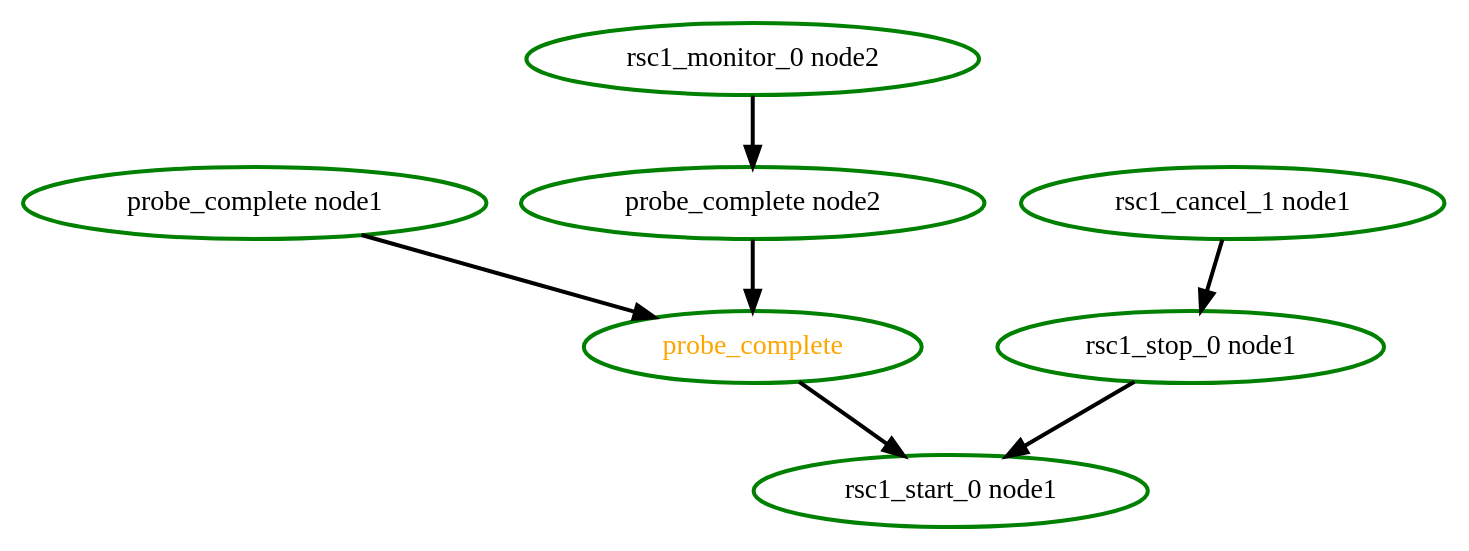
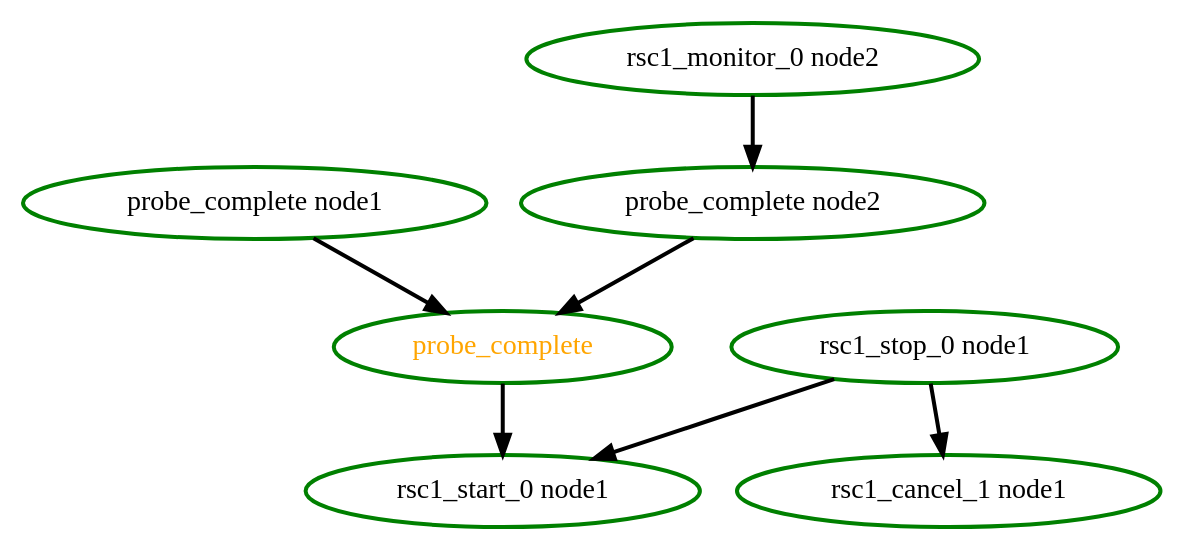
One commit to richiewen8/heartbeat changed the diagram in crm/pengine/testcases/rec-rsc-2.dot. Above: the diagram before and after it, drawn with Graphviz. The commit also changed 5 other files, not shown here.

```diff
--- a/crm/pengine/testcases/rec-rsc-2.dot
+++ b/crm/pengine/testcases/rec-rsc-2.dot
@@ -1,15 +1,15 @@
  digraph "g" {
 "probe_complete node1" -> "probe_complete" [ style = bold]
 "probe_complete node1" [ style=bold color="green" fontcolor="black" ]
 "probe_complete node2" -> "probe_complete" [ style = bold]
 "probe_complete node2" [ style=bold color="green" fontcolor="black" ]
 "probe_complete" -> "rsc1_start_0 node1" [ style = bold]
 "probe_complete" [ style=bold color="green" fontcolor="orange" ]
-"rsc1_cancel_1 node1" -> "rsc1_stop_0 node1" [ style = bold]
 "rsc1_cancel_1 node1" [ style=bold color="green" fontcolor="black" ]
 "rsc1_monitor_0 node2" -> "probe_complete node2" [ style = bold]
 "rsc1_monitor_0 node2" [ style=bold color="green" fontcolor="black" ]
 "rsc1_start_0 node1" [ style=bold color="green" fontcolor="black" ]
+"rsc1_stop_0 node1" -> "rsc1_cancel_1 node1" [ style = bold]
 "rsc1_stop_0 node1" -> "rsc1_start_0 node1" [ style = bold]
 "rsc1_stop_0 node1" [ style=bold color="green" fontcolor="black" ]
 }
```
